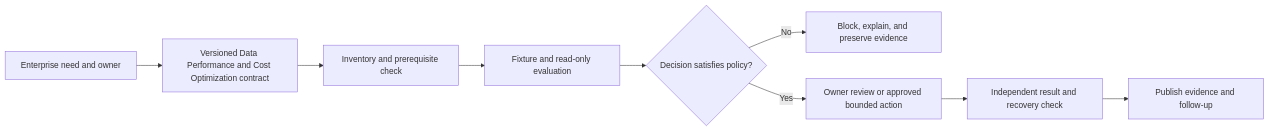
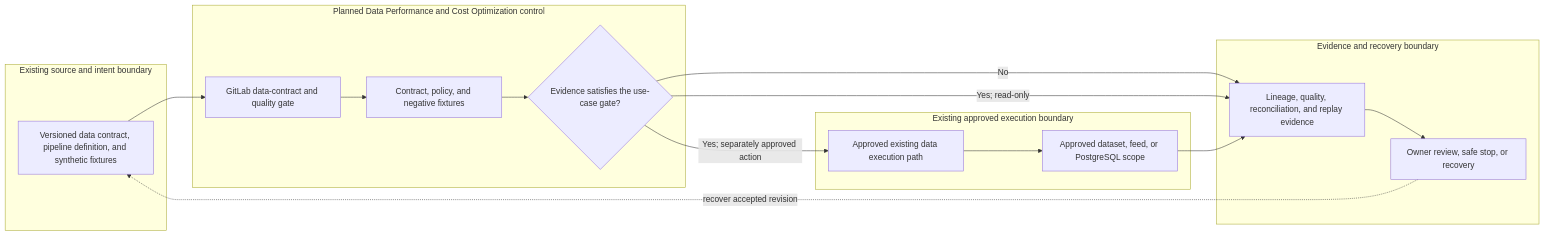
The diagram in docs/use-cases/data/UC-DATA-025-data-performance-and-cost-optimization.md (MIDHTECH/enterprise-architecture-docs), drawn with Mermaid before and after one commit. The commit also changed other lines of this file and 227 other files, not shown here.

Commit message:
Deepen architecture for all use case designs

````diff
--- a/docs/use-cases/data/UC-DATA-025-data-performance-and-cost-optimization.md
+++ b/docs/use-cases/data/UC-DATA-025-data-performance-and-cost-optimization.md
@@ -136,11 +129,25 @@
 ```mermaid
 flowchart LR
-    Need["Enterprise need and owner"] --> Contract["Versioned Data Performance and Cost Optimization contract"]
-    Contract --> Preflight["Inventory and prerequisite check"]
-    Preflight --> Evaluate["Fixture and read-only evaluation"]
-    Evaluate --> Decision{"Decision satisfies policy?"}
-    Decision -->|No| Stop["Block, explain, and preserve evidence"]
-    Decision -->|Yes| Review["Owner review or approved bounded action"]
-    Review --> Verify["Independent result and recovery check"]
-    Verify --> Publish["Publish evidence and follow-up"]
+    subgraph Source["Existing source and intent boundary"]
+        A["Versioned data contract, pipeline definition, and synthetic fixtures"]
+    end
+    subgraph Planned["Planned Data Performance and Cost Optimization control"]
+        B["GitLab data-contract and quality gate"]
+        C["Contract, policy, and negative fixtures"]
+        D{"Evidence satisfies the use-case gate?"}
+    end
+    subgraph Runtime["Existing approved execution boundary"]
+        E["Approved existing data execution path"]
+        F["Approved dataset, feed, or PostgreSQL scope"]
+    end
+    subgraph Assurance["Evidence and recovery boundary"]
+        G["Lineage, quality, reconciliation, and replay evidence"]
+        H["Owner review, safe stop, or recovery"]
+    end
+
+    A --> B --> C --> D
+    D -->|No| G --> H
+    D -->|Yes; read-only| G
+    D -->|Yes; separately approved action| E --> F --> G
+    H -. recover accepted revision .-> A
 ```
````
